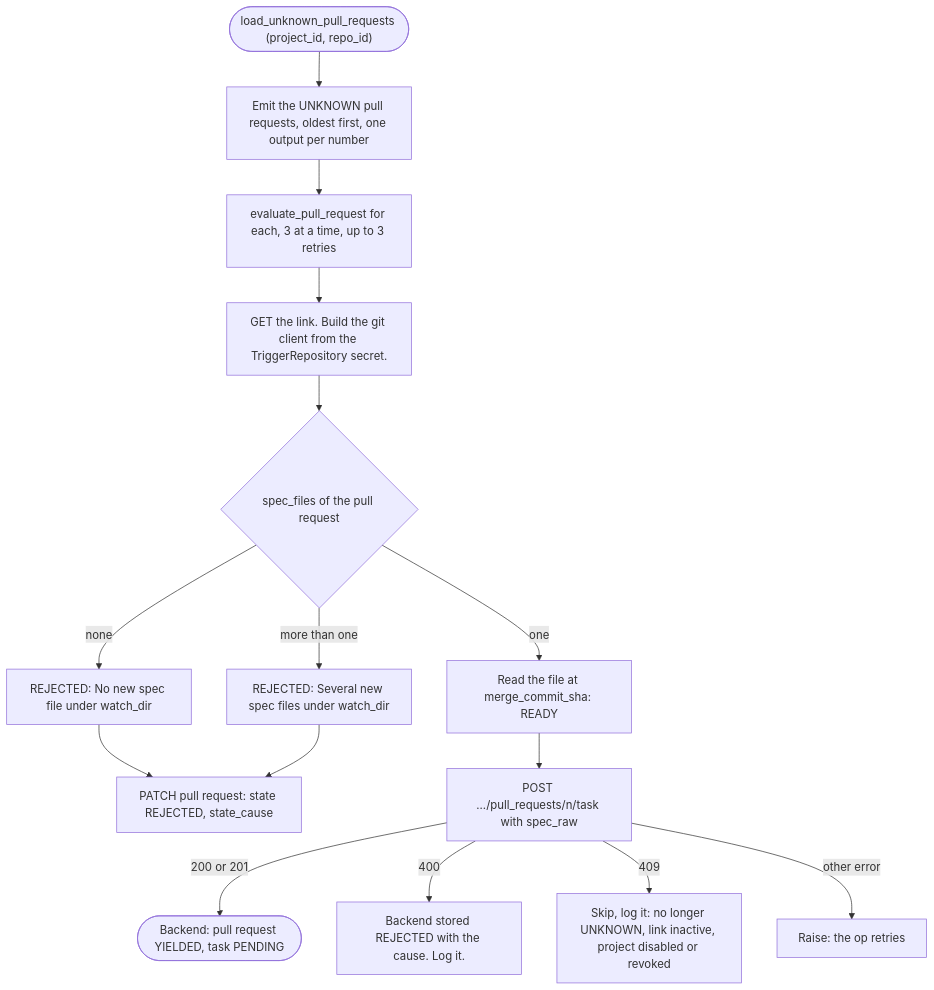
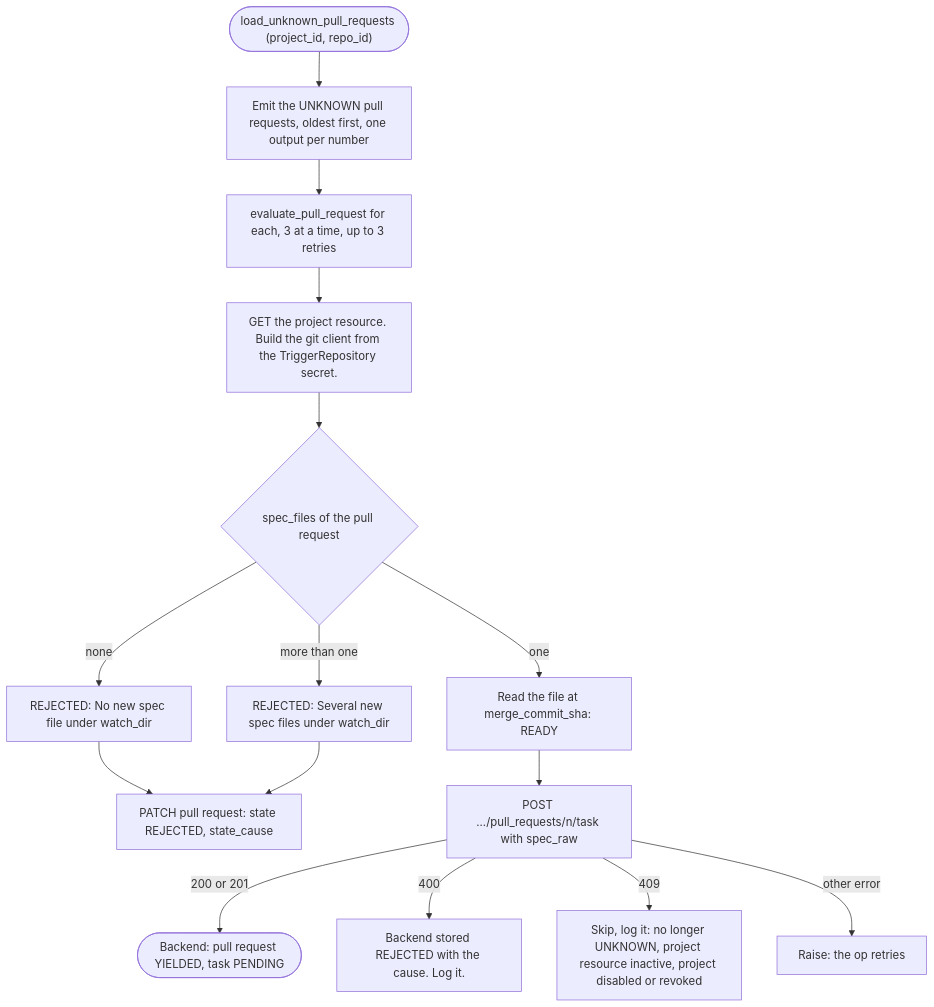
One commit to Aridhia-Open-Source/PHEMS_federated_node changed the second of 2 diagrams in docs/architecture/sensors/pr-evaluate.md. Above: the diagram before and after it, drawn with Mermaid. The commit also changed other lines of this file and 132 other files, not shown here.

````diff
--- a/docs/architecture/sensors/pr-evaluate.md
+++ b/docs/architecture/sensors/pr-evaluate.md
@@ -54,17 +54,17 @@
 ```mermaid
 flowchart TD
     A(["load_unknown_pull_requests (project_id, repo_id)"]) --> B["Emit the UNKNOWN pull requests, oldest first, one output per number"]
     B --> C["evaluate_pull_request for each, 3 at a time, up to 3 retries"]
-    C --> D["GET the link. Build the git client from the TriggerRepository secret."]
+    C --> D["GET the project resource. Build the git client from the TriggerRepository secret."]
     D --> E{"spec_files of the pull request"}
     E -->|none| F["REJECTED: No new spec file under watch_dir"]
     E -->|"more than one"| G["REJECTED: Several new spec files under watch_dir"]
     E -->|one| H["Read the file at merge_commit_sha: READY"]
     F --> I["PATCH pull request: state REJECTED, state_cause"]
     G --> I
     H --> J["POST .../pull_requests/n/task with spec_raw"]
     J -->|"200 or 201"| K(["Backend: pull request YIELDED, task PENDING"])
     J -->|400| L["Backend stored REJECTED with the cause. Log it."]
-    J -->|409| M["Skip, log it: no longer UNKNOWN, link inactive, project disabled or revoked"]
+    J -->|409| M["Skip, log it: no longer UNKNOWN, project resource inactive, project disabled or revoked"]
     J -->|"other error"| N["Raise: the op retries"]
 ```
````
